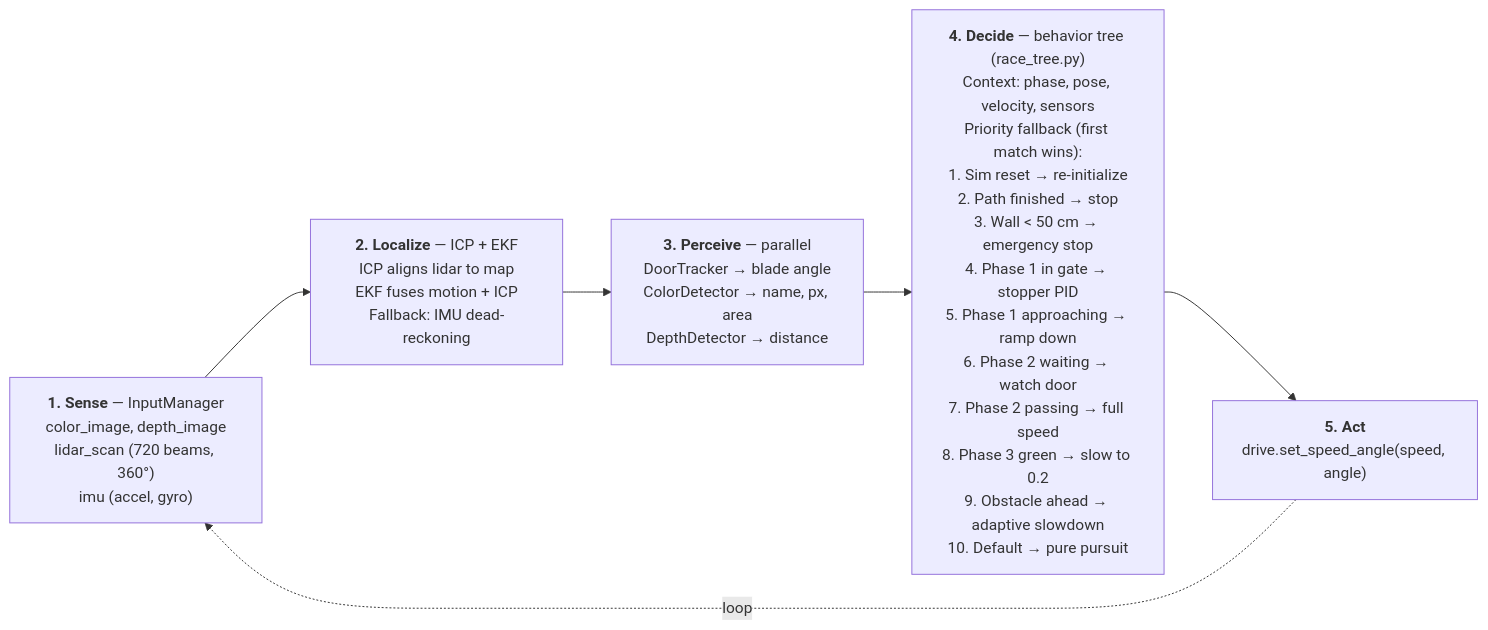
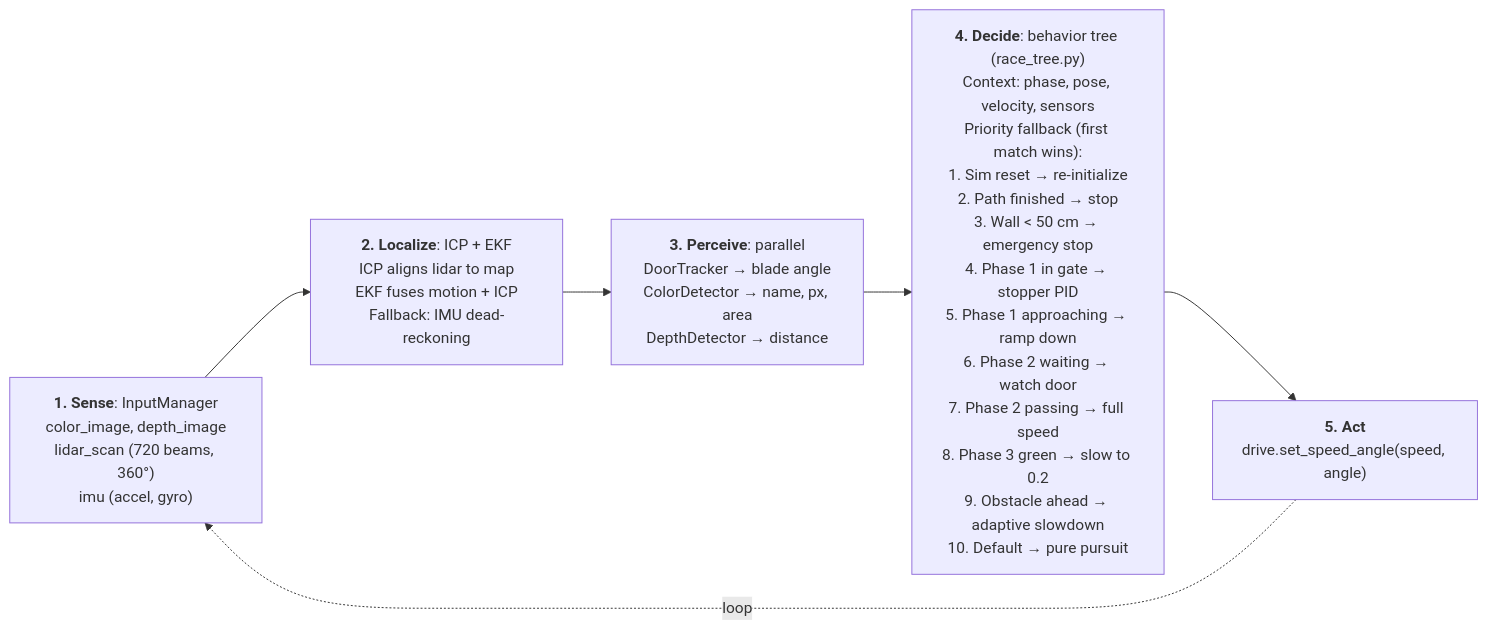
The diagram in README.md (BWSI-Best-Team/bwsi-micro-grand-prix-2026), drawn with Mermaid before and after one commit. The commit also changed other lines of this file and 6 other files, not shown here.

````diff
--- a/README.md
+++ b/README.md
@@ -69,10 +69,10 @@
 ```mermaid
 flowchart LR
-    A["<b>1. Sense</b> — InputManager<br/>color_image, depth_image<br/>lidar_scan (720 beams, 360°)<br/>imu (accel, gyro)"]
-    B["<b>2. Localize</b> — ICP + EKF<br/>ICP aligns lidar to map<br/>EKF fuses motion + ICP<br/>Fallback: IMU dead-reckoning"]
-    C["<b>3. Perceive</b> — parallel<br/>DoorTracker → blade angle<br/>ColorDetector → name, px, area<br/>DepthDetector → distance"]
-    D["<b>4. Decide</b> — behavior tree (race_tree.py)<br/>Context: phase, pose, velocity, sensors<br/>Priority fallback (first match wins):<br/>1. Sim reset → re-initialize<br/>2. Path finished → stop<br/>3. Wall &lt; 50 cm → emergency stop<br/>4. Phase 1 in gate → stopper PID<br/>5. Phase 1 approaching → ramp down<br/>6. Phase 2 waiting → watch door<br/>7. Phase 2 passing → full speed<br/>8. Phase 3 green → slow to 0.2<br/>9. Obstacle ahead → adaptive slowdown<br/>10. Default → pure pursuit"]
+    A["<b>1. Sense</b>: InputManager<br/>color_image, depth_image<br/>lidar_scan (720 beams, 360°)<br/>imu (accel, gyro)"]
+    B["<b>2. Localize</b>: ICP + EKF<br/>ICP aligns lidar to map<br/>EKF fuses motion + ICP<br/>Fallback: IMU dead-reckoning"]
+    C["<b>3. Perceive</b>: parallel<br/>DoorTracker → blade angle<br/>ColorDetector → name, px, area<br/>DepthDetector → distance"]
+    D["<b>4. Decide</b>: behavior tree (race_tree.py)<br/>Context: phase, pose, velocity, sensors<br/>Priority fallback (first match wins):<br/>1. Sim reset → re-initialize<br/>2. Path finished → stop<br/>3. Wall &lt; 50 cm → emergency stop<br/>4. Phase 1 in gate → stopper PID<br/>5. Phase 1 approaching → ramp down<br/>6. Phase 2 waiting → watch door<br/>7. Phase 2 passing → full speed<br/>8. Phase 3 green → slow to 0.2<br/>9. Obstacle ahead → adaptive slowdown<br/>10. Default → pure pursuit"]
     E["<b>5. Act</b><br/>drive.set_speed_angle(speed, angle)"]
     A --> B --> C --> D --> E
     E -. loop .-> A
 ```
````
